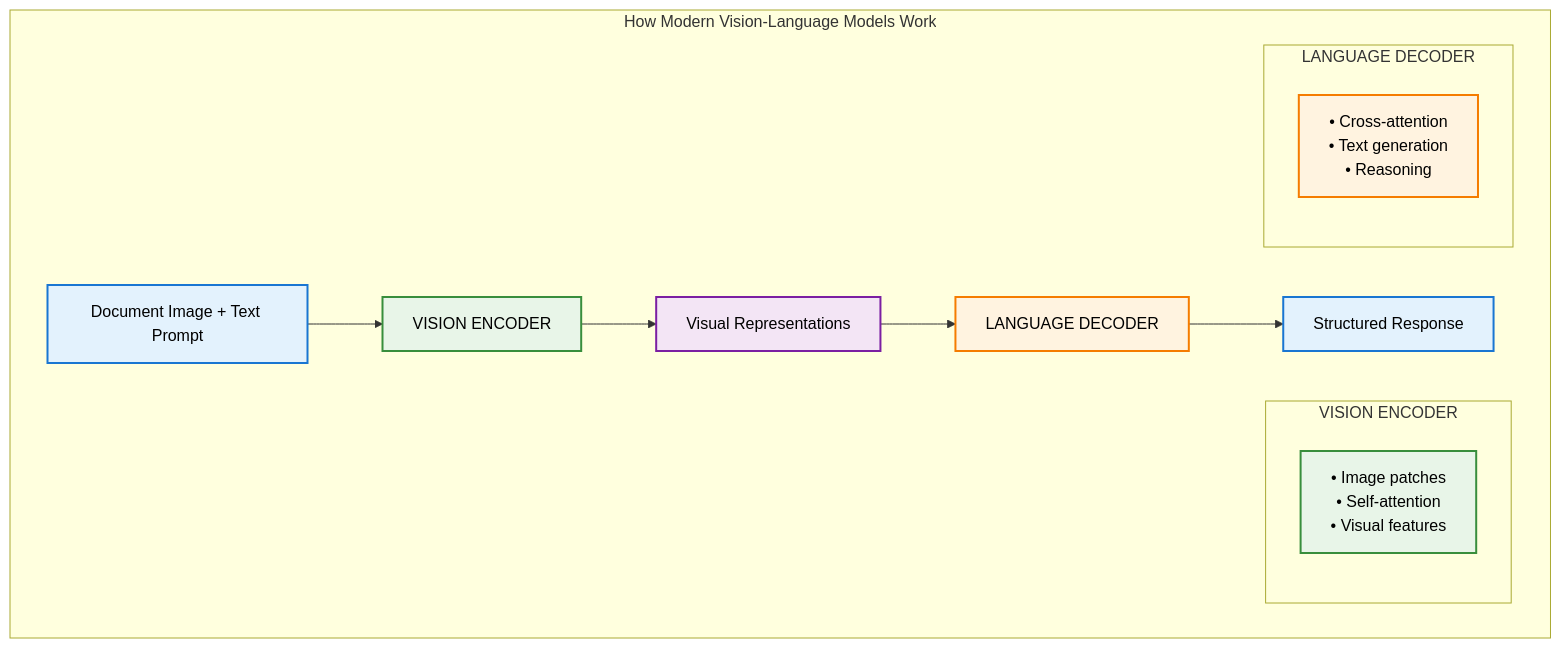
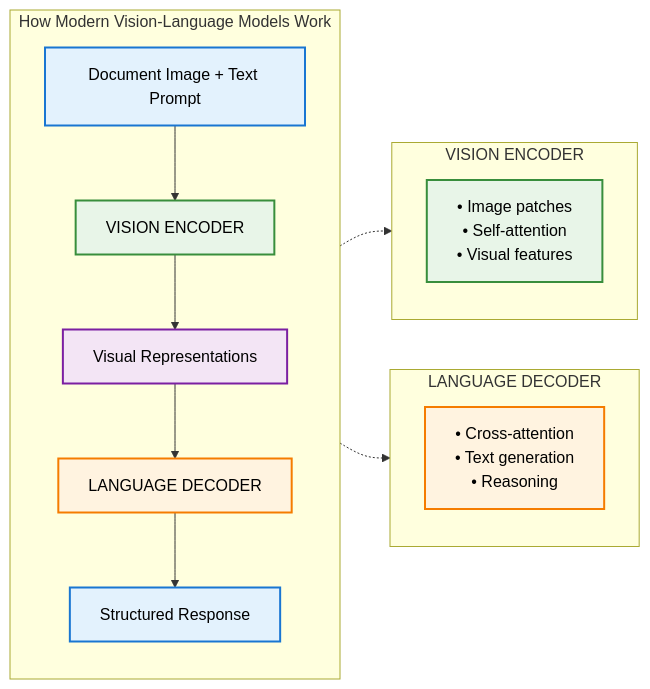
Before and after one commit to tmnestor/unified_vision_processor_minimal: the diagram in presentation_materials/presentation_diagrams/mermaid_exports/Encoder_Decoder_Architecture.mmd, drawn with Mermaid. The commit also changed 3 other files, not shown here.

Commit message:
✨ feat: update encoder-decoder architecture and LayoutLM vs Vision Transformer diagrams for improved clarity and structure

```diff
--- a/presentation_materials/presentation_diagrams/mermaid_exports/Encoder_Decoder_Architecture.mmd
+++ b/presentation_materials/presentation_diagrams/mermaid_exports/Encoder_Decoder_Architecture.mmd
@@ -1,28 +1,31 @@
-graph TD
+flowchart LR
     subgraph main ["How Modern Vision-Language Models Work"]
+        direction TB
         A[Document Image + Text Prompt] --> B[VISION ENCODER]
-        
-        subgraph encoder ["VISION ENCODER"]
-            B1[• Image patches<br/>• Self-attention<br/>• Visual features]
-        end
-        
         B --> C[Visual Representations]
         C --> D[LANGUAGE DECODER]
-        
-        subgraph decoder ["LANGUAGE DECODER"]
-            D1[• Cross-attention<br/>• Text generation<br/>• Reasoning]
-        end
-        
         D --> E[Structured Response]
     end
+    
+    subgraph encoder ["VISION ENCODER"]
+        B1[• Image patches<br/>• Self-attention<br/>• Visual features]
+    end
+    
+    subgraph decoder ["LANGUAGE DECODER"]
+        D1[• Cross-attention<br/>• Text generation<br/>• Reasoning]
+    end
+    
+    %% Position detail boxes aligned with main components
+    B -.-> encoder
+    D -.-> decoder
     
     %% Styling
     classDef inputOutput fill:#e3f2fd,stroke:#1976d2,stroke-width:2px,color:#000
     classDef encoder fill:#e8f5e8,stroke:#388e3c,stroke-width:2px,color:#000
     classDef decoder fill:#fff3e0,stroke:#f57c00,stroke-width:2px,color:#000
     classDef intermediate fill:#f3e5f5,stroke:#7b1fa2,stroke-width:2px,color:#000
     
     class A,E inputOutput
     class B,B1 encoder
     class D,D1 decoder
     class C intermediate
```
